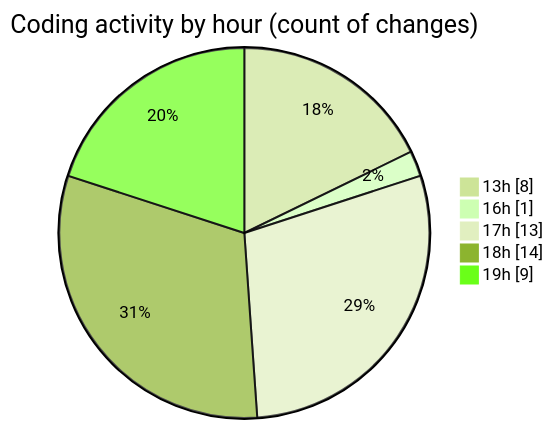
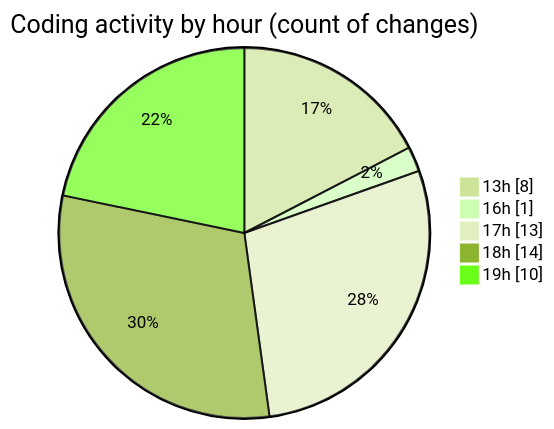
The second of 2 diagrams in 2025-08-24/chatgpt-extension/README.md (EIIisD/code-tracking), drawn with Mermaid (forest theme) before and after one commit. The commit also changed other lines of this file and 1 other file, not shown here.

````diff
--- a/2025-08-24/chatgpt-extension/README.md
+++ b/2025-08-24/chatgpt-extension/README.md
@@ -34,9 +34,9 @@
 ```mermaid
 pie showData
 title Coding activity by hour (count of changes)
 "13h" : 8
 "16h" : 1
 "17h" : 13
 "18h" : 14
-"19h" : 9
+"19h" : 10
 ```
````
